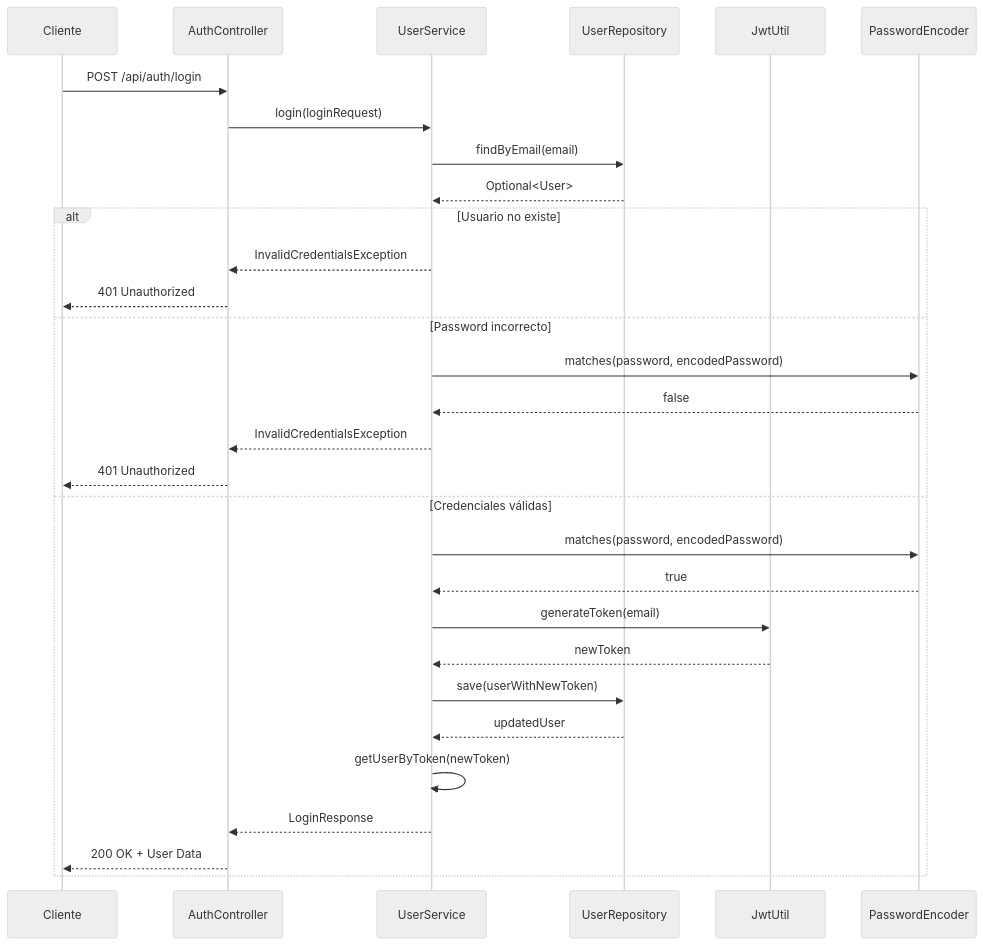
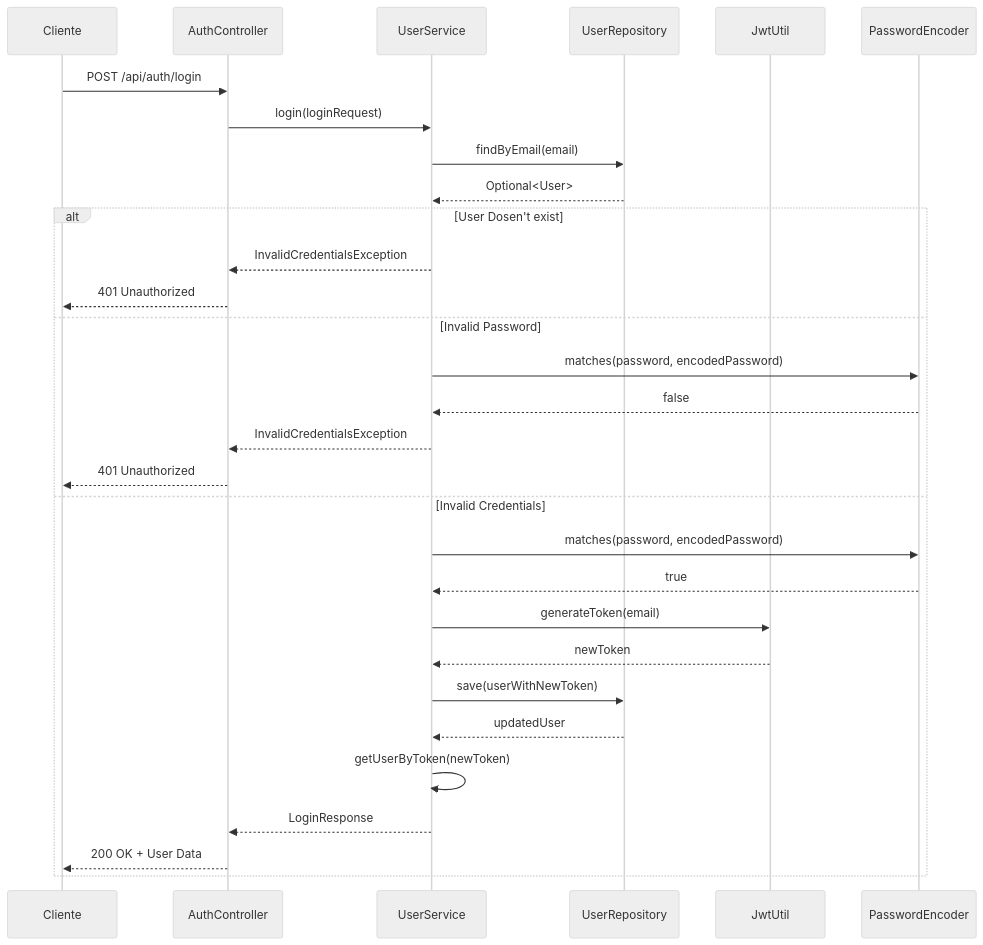
Before and after one commit to alejoduran/auth-service: the diagram in diagrams/user-login-sequence.md, drawn with Mermaid (neutral theme).

Commit message:
changed messages

````diff
--- a/diagrams/user-login-sequence.md
+++ b/diagrams/user-login-sequence.md
@@ -1,35 +1,35 @@
 ```mermaid
 sequenceDiagram
 participant C as Cliente
 participant AC as AuthController
 participant US as UserService
 participant UR as UserRepository
 participant JWT as JwtUtil
 participant PE as PasswordEncoder
 
     C->>AC: POST /api/auth/login
     AC->>US: login(loginRequest)
     
     US->>UR: findByEmail(email)
     UR-->>US: Optional<User>
     
-    alt Usuario no existe
+    alt User Dosen't exist
         US-->>AC: InvalidCredentialsException
         AC-->>C: 401 Unauthorized
-    else Password incorrecto
+    else Invalid Password
         US->>PE: matches(password, encodedPassword)
         PE-->>US: false
         US-->>AC: InvalidCredentialsException
         AC-->>C: 401 Unauthorized
-    else Credenciales válidas
+    else Invalid Credentials
         US->>PE: matches(password, encodedPassword)
         PE-->>US: true
         US->>JWT: generateToken(email)
         JWT-->>US: newToken
         US->>UR: save(userWithNewToken)
         UR-->>US: updatedUser
         US->>US: getUserByToken(newToken)
         US-->>AC: LoginResponse
         AC-->>C: 200 OK + User Data
     end
 ```
````
